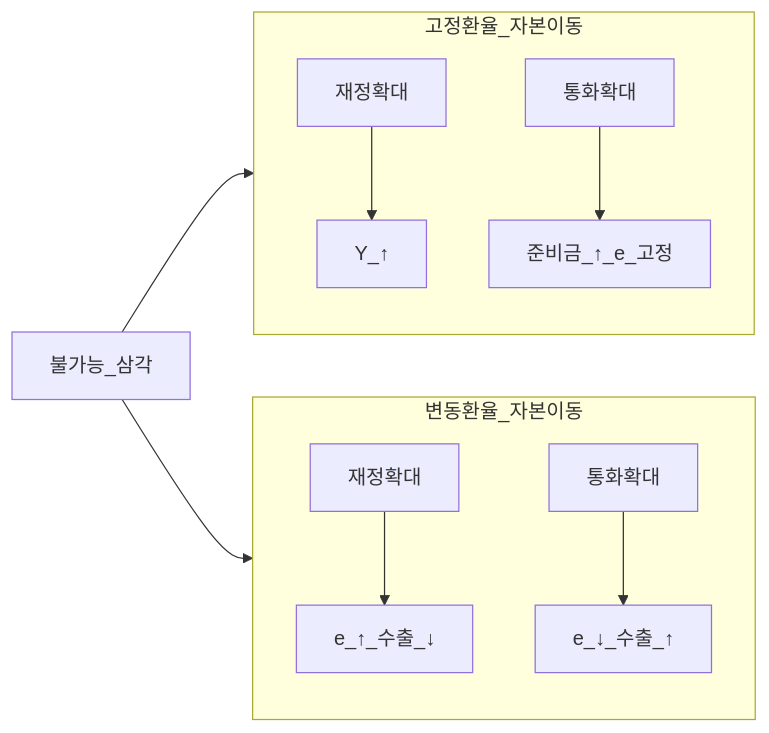
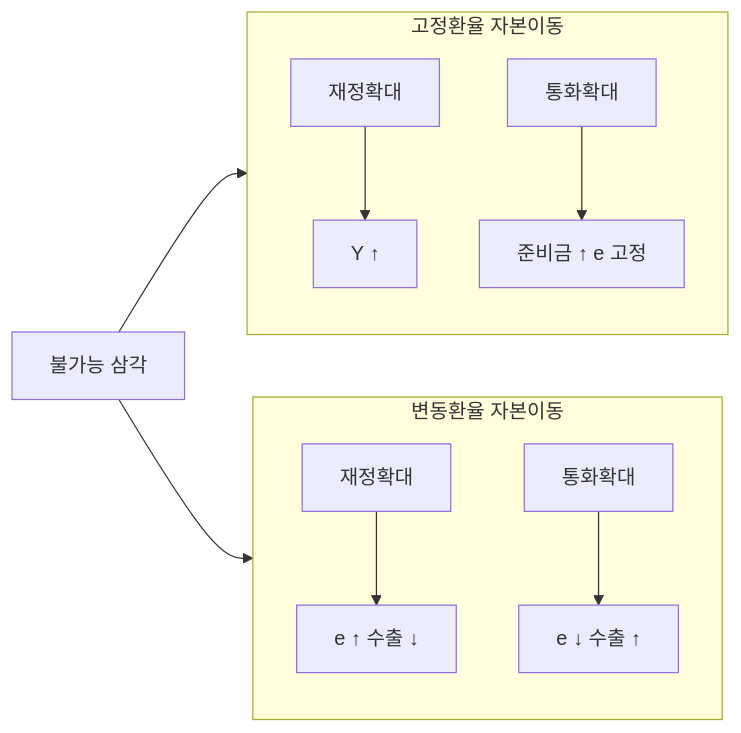
Before and after one commit to goldanghenry/Finances: the second of 3 diagrams in 02-economics/macro-05-open-economy-fx.md, drawn with Mermaid. The commit also changed other lines of this file and 211 other files, not shown here.

````diff
--- a/02-economics/macro-05-open-economy-fx.md
+++ b/02-economics/macro-05-open-economy-fx.md
@@ -153,13 +163,13 @@
 ```mermaid
 flowchart LR
-  subgraph fixed[고정환율_자본이동]
-    F1[재정확대] --> Yf[Y_↑]
-    F2[통화확대] --> Resf[준비금_↑_e_고정]
+  subgraph fixed["고정환율 자본이동"]
+    F1[재정확대] --> Yf["Y ↑"]
+    F2[통화확대] --> Resf["준비금 ↑ e 고정"]
   end
-  subgraph float[변동환율_자본이동]
-    FL1[재정확대] --> ef[e_↑_수출_↓]
-    FL2[통화확대] --> ef2[e_↓_수출_↑]
+  subgraph float["변동환율 자본이동"]
+    FL1[재정확대] --> ef["e ↑ 수출 ↓"]
+    FL2[통화확대] --> ef2["e ↓ 수출 ↑"]
   end
-  Tri[불가능_삼각] --> fixed
+  Tri["불가능 삼각"] --> fixed
   Tri --> float
 ```
````
